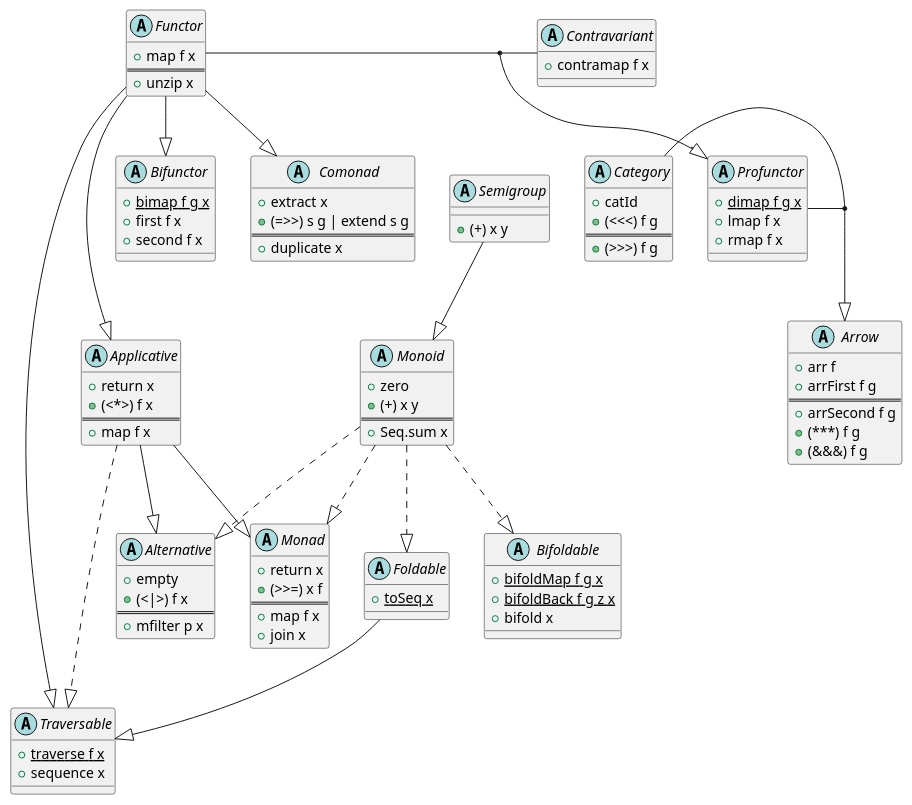
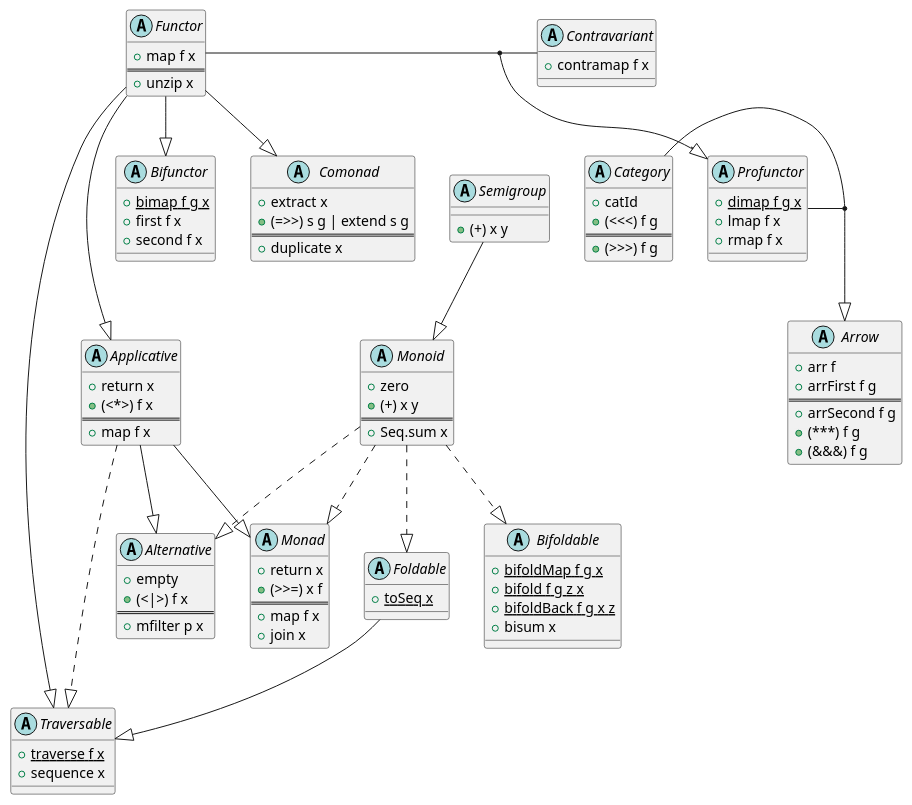
One commit to fsprojects/FSharpPlus changed the diagram in docsrc/tools/templates/abstractions.plantuml. Above: the diagram before and after it, drawn with PlantUML.

Commit message:
fix bifold and add bisum
Sorry, I forgot to adjust the diagram in the Bifoldable PR

```diff
--- a/docsrc/tools/templates/abstractions.plantuml
+++ b/docsrc/tools/templates/abstractions.plantuml
@@ -1,125 +1,126 @@
 @startuml
 skinparam svgDimensionStyle false
 
 together {
 	abstract class Semigroup [[http://fsprojects.github.io/FSharpPlus/abstraction-semigroup.html]] {
 	  + (+) x y [[[http://fsprojects.github.io/FSharpPlus/abstraction-semigroup.html#plus {Appends two semigroups} ]]]
 	}
 
 	abstract class Comonad [[http://fsprojects.github.io/FSharpPlus/abstraction-comonad.html]] {
 	  + extract x [[[http://fsprojects.github.io/FSharpPlus/abstraction-comonad.html#extract]]]
 	  + (=>>) s g | extend s g [[[http://fsprojects.github.io/FSharpPlus/abstraction-comonad.html#extend]]]
 	  ==
 	  + duplicate x
 	}
 }
 
 abstract class Monoid [[http://fsprojects.github.io/FSharpPlus/abstraction-monoid.html]] {
   + zero [[[http://fsprojects.github.io/FSharpPlus/abstraction-monoid.html#zero {Identity for (+)} ]]]
   + (+) x y [[[http://fsprojects.github.io/FSharpPlus/abstraction-monoid.html#plus {Appends both monoids} ]]]
   ==
   + Seq.sum x [[[http://fsprojects.github.io/FSharpPlus/abstraction-monoid.html#sum {Flatten a sequence of monoids} ]]]
 }
 
 
 abstract class Functor [[http://fsprojects.github.io/FSharpPlus/abstraction-functor.html]] {
   + map f x [[[http://fsprojects.github.io/FSharpPlus/abstraction-functor.html#map {Lift a function into a Functor} ]]]
   ==
   + unzip x
 }
 
 abstract class Contravariant [[http://fsprojects.github.io/FSharpPlus/abstraction-contravariant.html]] {
   + contramap f x [[[http://fsprojects.github.io/FSharpPlus/abstraction-contravariant.html#contramap]]]
 }
 
 
 abstract class Applicative [[http://fsprojects.github.io/FSharpPlus/abstraction-applicative.html]] {
   + return x [[[http://fsprojects.github.io/FSharpPlus/abstraction-monad.html#return {Lift a value into a Functor} ]]]
   + (<*>) f x [[[http://fsprojects.github.io/FSharpPlus/abstraction-applicative.html {Apply a lifted argument to a lifted function} ]]]
   ==
   + map f x [[[http://fsprojects.github.io/FSharpPlus/abstraction-functor.html#map {Lift a function into a Functor} ]]]
 }
 
 abstract class Alternative [[http://fsprojects.github.io/FSharpPlus/abstraction-alternative.html]] {
   + empty [[[http://fsprojects.github.io/FSharpPlus/abstraction-alternative.html]]]
   + (<|>) f x [[[http://fsprojects.github.io/FSharpPlus/abstraction-alternative.html]]]
   ==
   + mfilter p x [[[http://fsprojects.github.io/FSharpPlus/abstraction-alternative.html#mfilter {Returns all values satisfying the predicate, if the predicate returns false will use the empty value} ]]]
 }
 
 abstract class Monad [[http://fsprojects.github.io/FSharpPlus/abstraction-monad.html]] {
   + return x [[[http://fsprojects.github.io/FSharpPlus/abstraction-monad.html#return {Lift a value into a Functor} ]]]
   + (>>=) x f [[[http://fsprojects.github.io/FSharpPlus/abstraction-monad.html#bind {Takes a monadic value and a function from a plain type to a monadic value, and returns a new monadic value} ]]]
   ==
   + map f x [[[http://fsprojects.github.io/FSharpPlus/abstraction-functor.html#map {Lift a function into a Functor} ]]]
   + join x [[[http://fsprojects.github.io/FSharpPlus/abstraction-functor.html#join {Flattens two layers of monadic information into one} ]]]
 }
 
 
 abstract class Bifunctor [[http://fsprojects.github.io/FSharpPlus/abstraction-bifunctor.html]] {
   + {static} bimap f g x [[[http://fsprojects.github.io/FSharpPlus/abstraction-bifunctor.html#bimap]]]
   + first f x [[[http://fsprojects.github.io/FSharpPlus/abstraction-bifunctor.html#first]]]
   + second f x [[[http://fsprojects.github.io/FSharpPlus/abstraction-bifunctor.html#second]]]
 }
 
 
 
 abstract class Foldable [[http://fsprojects.github.io/FSharpPlus/abstraction-foldable.html]] {
   {static} + toSeq x [[[http://fsprojects.github.io/FSharpPlus/abstraction-foldable.html#toSeq {Converts to a seq} ]]]
 }
 
 abstract class Bifoldable [[http://fsprojects.github.io/FSharpPlus/abstraction-bifoldable.html]] {
   {static} + bifoldMap f g x [[[http://fsprojects.github.io/FSharpPlus/abstraction-bifoldable.html#bifoldMap]]]
-  {static} + bifoldBack f g z x [[[http://fsprojects.github.io/FSharpPlus/abstraction-bifoldable.html#bifoldBack]]]
-  + bifold x [[[http://fsprojects.github.io/FSharpPlus/abstraction-bifoldable.html#bifold]]]
+  {static} + bifold f g z x [[[http://fsprojects.github.io/FSharpPlus/abstraction-bifoldable.html#bifold]]]
+  {static} + bifoldBack f g x z [[[http://fsprojects.github.io/FSharpPlus/abstraction-bifoldable.html#bifoldBack]]]
+  + bisum x [[[http://fsprojects.github.io/FSharpPlus/abstraction-bifoldable.html#bisum]]]
 }
 
 abstract class Traversable [[http://fsprojects.github.io/FSharpPlus/abstraction-traversable.html]] {
   {static} + traverse f x [[[http://fsprojects.github.io/FSharpPlus/abstraction-traversable.html#traverse {Map each element of a structure to an action, evaluate them left to right and collect result }]]]
   + sequence x [[[http://fsprojects.github.io/FSharpPlus/abstraction-traversable.html#sequence {Evaluate each action in the structure left to right and collect the result } ]]]
 }
 
 together {
 	abstract class Profunctor [[http://fsprojects.github.io/FSharpPlus/abstraction-profunctor.html]] {
 	  + {static} dimap f g x [[[http://fsprojects.github.io/FSharpPlus/abstraction-profunctor.html#dimap]]]
 	  + lmap f x [[[http://fsprojects.github.io/FSharpPlus/abstraction-profunctor.html#lmap]]]
 	  + rmap f x [[[http://fsprojects.github.io/FSharpPlus/abstraction-profunctor.html#rmap]]]
 	}
 
 	abstract class Category [[http://fsprojects.github.io/FSharpPlus/abstraction-category.html]] {
 	  + catId [[[http://fsprojects.github.io/FSharpPlus/abstraction-category.html#catId {The identity morphism. }]]]
 	  + (<<<) f g [[[http://fsprojects.github.io/FSharpPlus/abstraction-category.html#catComp {Right-to-left morphism composition. } ]]]
 	  ==
 	  + (>>>) f g [[[http://fsprojects.github.io/FSharpPlus/abstraction-category.html#catComp {Left-to-right morphism composition. } ]]]
 	}
 }
 
 abstract class Arrow [[http://fsprojects.github.io/FSharpPlus/abstraction-arrow.html]] {
   + arr f [[[http://fsprojects.github.io/FSharpPlus/abstraction-arrow.html#arr {Lift a function to an arrow. }]]]
   + arrFirst f g [[[http://fsprojects.github.io/FSharpPlus/abstraction-arrow.html#arrFirst {Send the 1st component of the input through the argument arrow and copy the rest unchanged to the output. } ]]]
   ==
   + arrSecond f g [[[http://fsprojects.github.io/FSharpPlus/abstraction-arrow.html#arrSecond {Send the 2nd component of the input through the argument arrow and copy the rest unchanged to the output. } ]]]
   + (***) f g [[[http://fsprojects.github.io/FSharpPlus/abstraction-arrow.html#arrCombine {Split the input between the two argument arrows and combine their output. } ]]]
   + (&&&) f g [[[http://fsprojects.github.io/FSharpPlus/abstraction-arrow.html#fanout {Send the input to both argument arrows and combine their output. } ]]]
 }
 
 
 
 Semigroup  --|> Monoid 
 Functor  --|> Bifunctor
 Functor  --|> Applicative
 Applicative  --|> Monad
 Applicative  --|> Alternative
 Monoid ..|> Monad
 Monoid ..|> Foldable
 Monoid ..|> Bifoldable
 Functor --|> Comonad
 Functor --|> Traversable
 Foldable --|> Traversable
 Applicative ..|> Traversable
 Monoid ..|> Alternative
 Functor - Contravariant
 (Functor, Contravariant) --|> Profunctor
 Profunctor - Category
 (Profunctor, Category) --|>  Arrow
 @enduml
```
